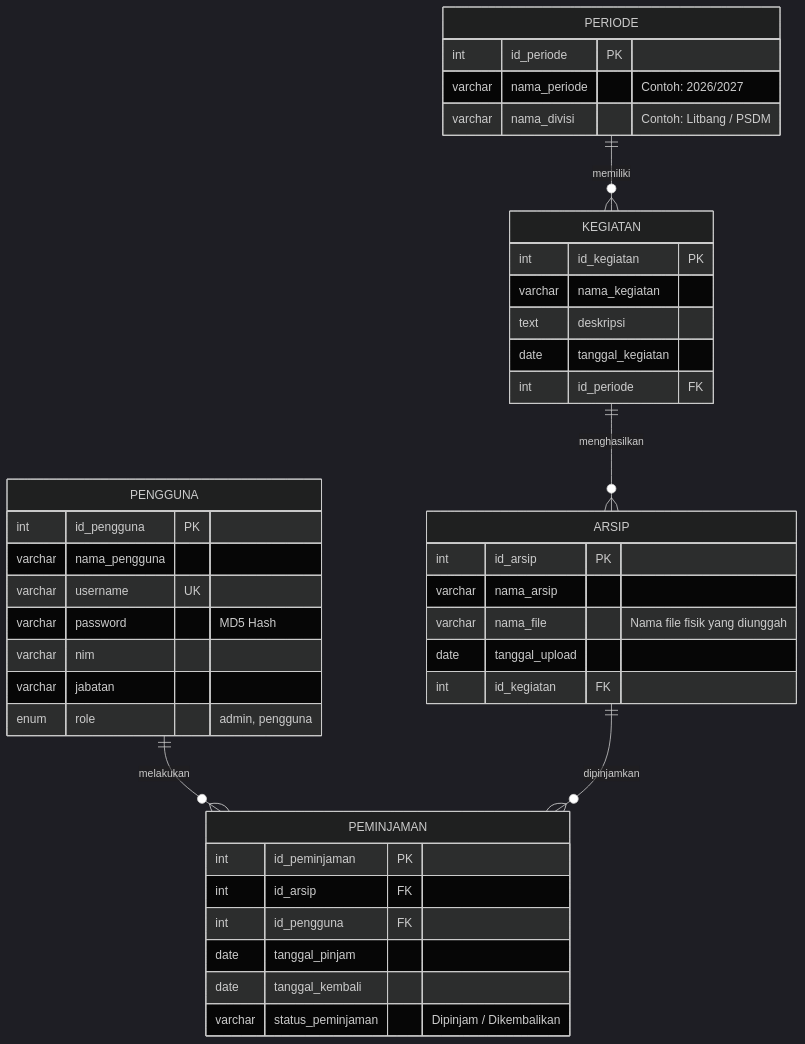
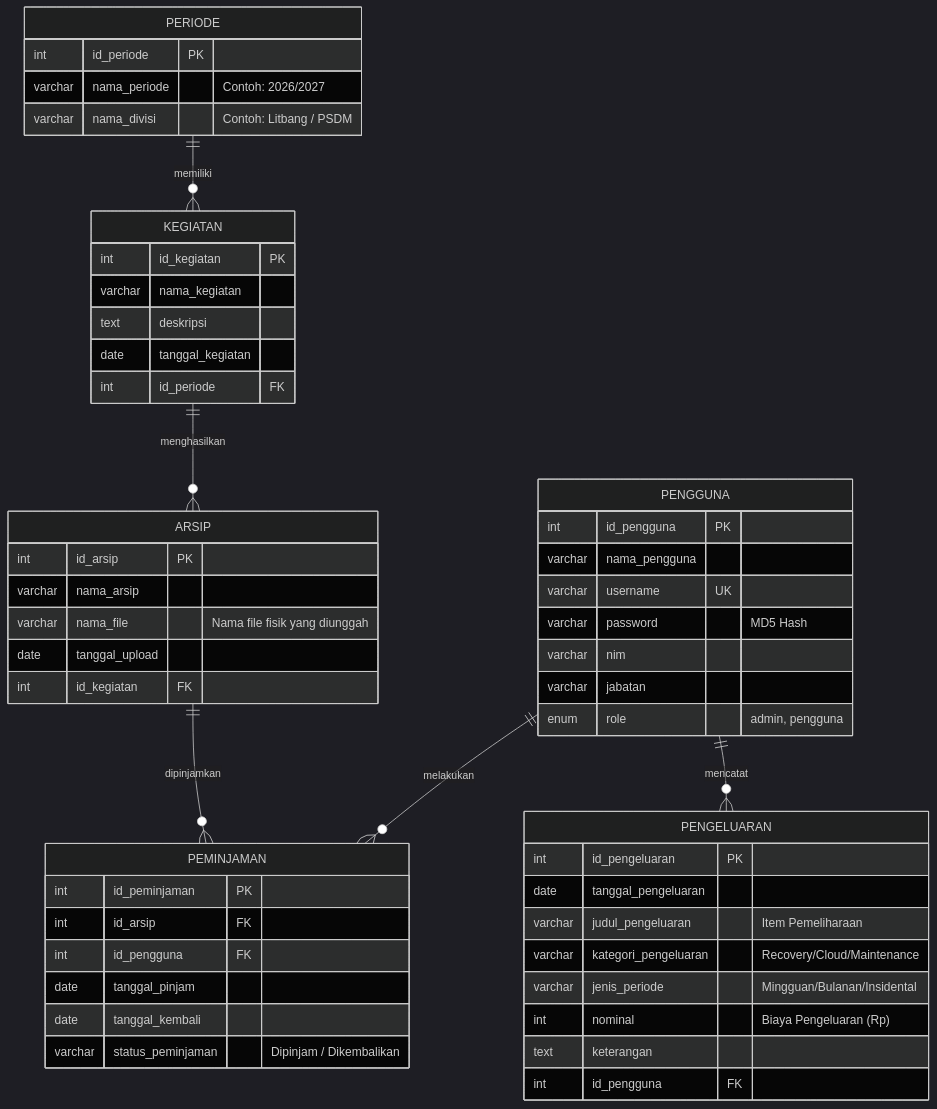
Before and after one commit to nilokatianda/SIRAPI: the third of 3 diagrams in README.md, drawn with Mermaid (dark theme). The commit also changed other lines of this file and 19 other files, not shown here.

````diff
--- a/README.md
+++ b/README.md
@@ -191,48 +193,60 @@
 ```mermaid
 erDiagram
     PERIODE ||--o{ KEGIATAN : "memiliki"
     KEGIATAN ||--o{ ARSIP : "menghasilkan"
     PENGGUNA ||--o{ PEMINJAMAN : "melakukan"
+    PENGGUNA ||--o{ PENGELUARAN : "mencatat"
     ARSIP ||--o{ PEMINJAMAN : "dipinjamkan"
 
     PERIODE {
         int id_periode PK
         varchar nama_periode "Contoh: 2026/2027"
         varchar nama_divisi "Contoh: Litbang / PSDM"
     }
 
     KEGIATAN {
         int id_kegiatan PK
         varchar nama_kegiatan
         text deskripsi
         date tanggal_kegiatan
         int id_periode FK
     }
 
     ARSIP {
         int id_arsip PK
         varchar nama_arsip
         varchar nama_file "Nama file fisik yang diunggah"
         date tanggal_upload
         int id_kegiatan FK
     }
 
     PENGGUNA {
         int id_pengguna PK
         varchar nama_pengguna
         varchar username UK
         varchar password "MD5 Hash"
         varchar nim
         varchar jabatan
         enum role "admin, pengguna"
     }
 
     PEMINJAMAN {
         int id_peminjaman PK
         int id_arsip FK
         int id_pengguna FK
         date tanggal_pinjam
         date tanggal_kembali
         varchar status_peminjaman "Dipinjam / Dikembalikan"
     }
+
+    PENGELUARAN {
+        int id_pengeluaran PK
+        date tanggal_pengeluaran
+        varchar judul_pengeluaran "Item Pemeliharaan"
+        varchar kategori_pengeluaran "Recovery/Cloud/Maintenance"
+        varchar jenis_periode "Mingguan/Bulanan/Insidental"
+        int nominal "Biaya Pengeluaran (Rp)"
+        text keterangan
+        int id_pengguna FK
+    }
 ```
````
